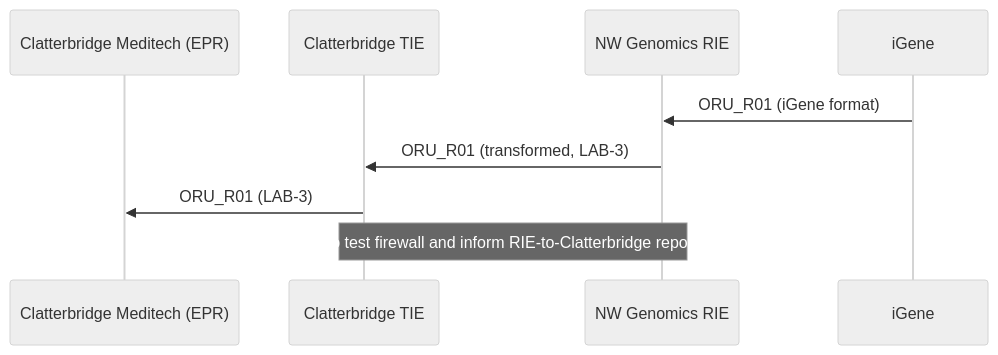
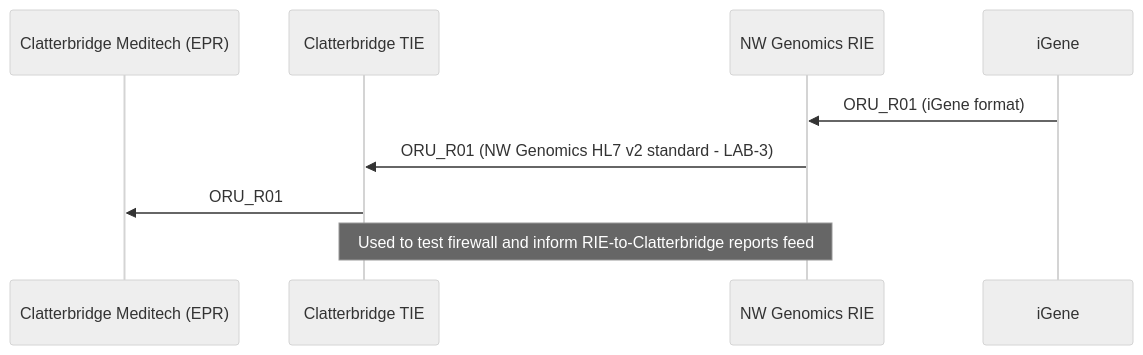
One commit to nw-gmsa/nw-gmsa.github.com changed the third of 4 diagrams in input/pagecontent/HistocompatibilityAndImmunogenetics.md. Above: the diagram before and after it, drawn with Mermaid (neutral theme).

Commit message:
immunogenetics

````diff
--- a/input/pagecontent/HistocompatibilityAndImmunogenetics.md
+++ b/input/pagecontent/HistocompatibilityAndImmunogenetics.md
@@ -70,13 +70,13 @@
 ```mermaid
 sequenceDiagram
     participant CM as Clatterbridge Meditech (EPR)
     participant CTIE as Clatterbridge TIE
     participant RIE as NW Genomics RIE
     participant iGene as iGene
 
     iGene->>RIE: ORU_R01 (iGene format)
-    RIE->>CTIE: ORU_R01 (transformed, LAB-3)
-    CTIE->>CM: ORU_R01 (LAB-3)
+    RIE->>CTIE: ORU_R01 (NW Genomics HL7 v2 standard - LAB-3)
+    CTIE->>CM: ORU_R01 
 
     Note over CTIE,RIE: Used to test firewall and inform RIE-to-Clatterbridge reports feed
 ```
````
